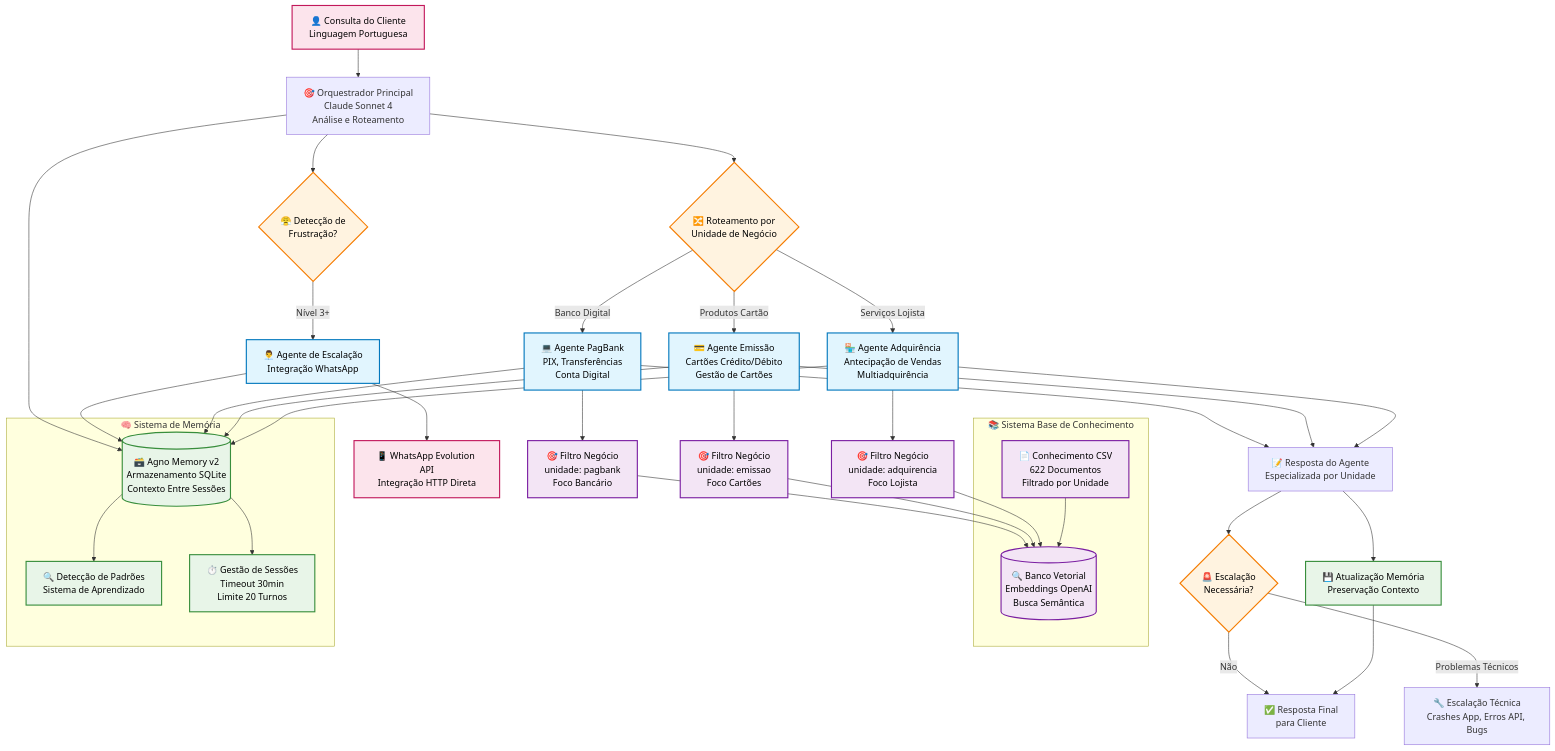
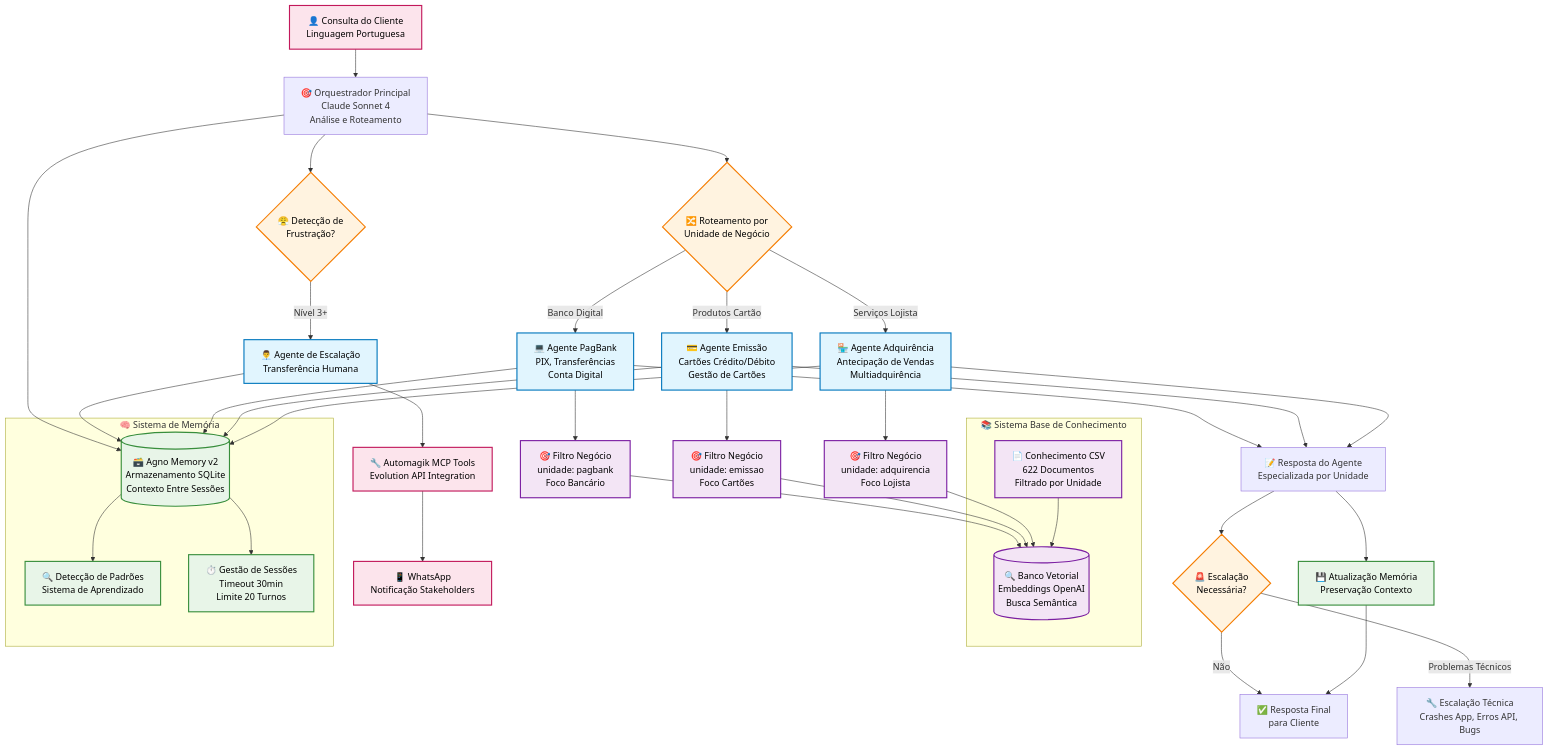
Before and after one commit to namastexlabs/automagik-hive: the diagram in README.md, drawn with Mermaid.

Commit message:
readme update

````diff
--- a/README.md
+++ b/README.md
@@ -9,81 +9,82 @@
 ```mermaid
 graph TB
     %% Ponto de Entrada do Cliente
     Customer[👤 Consulta do Cliente<br/>Linguagem Portuguesa] --> Orchestrator
 
     %% Orquestrador Principal
     Orchestrator[🎯 Orquestrador Principal<br/>Claude Sonnet 4<br/>Análise e Roteamento]
     
     %% Decisão de Roteamento
     Orchestrator --> Routing{🔀 Roteamento por<br/>Unidade de Negócio}
     
     %% Detecção de Escalação Humana
     Orchestrator --> HumanCheck{😤 Detecção de<br/>Frustração?}
-    HumanCheck -->|Nível 3+| HumanAgent[👨‍💼 Agente de Escalação<br/>Integração WhatsApp]
-    HumanAgent --> WhatsApp[📱 WhatsApp Evolution API<br/>Integração HTTP Direta]
+    HumanCheck -->|Nível 3+| HumanAgent[👨‍💼 Agente de Escalação<br/>Transferência Humana]
+    HumanAgent --> McpTool[🔧 Automagik MCP Tools<br/>Evolution API Integration]
+    McpTool --> WhatsApp[📱 WhatsApp<br/>Notificação Stakeholders]
     
     %% Agentes por Unidade de Negócio
     Routing -->|Serviços Lojista| AdquirenciaAgent[🏪 Agente Adquirência<br/>Antecipação de Vendas<br/>Multiadquirência]
     Routing -->|Produtos Cartão| EmissaoAgent[💳 Agente Emissão<br/>Cartões Crédito/Débito<br/>Gestão de Cartões]
     Routing -->|Banco Digital| PagBankAgent[💻 Agente PagBank<br/>PIX, Transferências<br/>Conta Digital]
     
     %% Sistema Base de Conhecimento
     subgraph Knowledge["📚 Sistema Base de Conhecimento"]
         CSV[📄 Conhecimento CSV<br/>622 Documentos<br/>Filtrado por Unidade]
         Vector[(🔍 Banco Vetorial<br/>Embeddings OpenAI<br/>Busca Semântica)]
         CSV --> Vector
     end
     
     %% Filtragem por Unidade
     AdquirenciaAgent --> Filter1[🎯 Filtro Negócio<br/>unidade: adquirencia<br/>Foco Lojista]
     EmissaoAgent --> Filter2[🎯 Filtro Negócio<br/>unidade: emissao<br/>Foco Cartões]
     PagBankAgent --> Filter3[🎯 Filtro Negócio<br/>unidade: pagbank<br/>Foco Bancário]
     
     %% Consultas de Conhecimento
     Filter1 --> Vector
     Filter2 --> Vector
     Filter3 --> Vector
     
     %% Sistema de Memória
     subgraph Memory["🧠 Sistema de Memória"]
         AgnoMemory[(🗃️ Agno Memory v2<br/>Armazenamento SQLite<br/>Contexto Entre Sessões)]
         PatternDetect[🔍 Detecção de Padrões<br/>Sistema de Aprendizado]
         SessionMgmt[⏱️ Gestão de Sessões<br/>Timeout 30min<br/>Limite 20 Turnos]
     end
     
     %% Integração de Memória
     AdquirenciaAgent --> AgnoMemory
     EmissaoAgent --> AgnoMemory
     PagBankAgent --> AgnoMemory
     HumanAgent --> AgnoMemory
     Orchestrator --> AgnoMemory
     
     AgnoMemory --> PatternDetect
     AgnoMemory --> SessionMgmt
     
     %% Fluxo de Resposta
     AdquirenciaAgent --> Response[📝 Resposta do Agente<br/>Especializada por Unidade]
     EmissaoAgent --> Response
     PagBankAgent --> Response
     
     Response --> MemoryUpdate[💾 Atualização Memória<br/>Preservação Contexto]
     MemoryUpdate --> FinalResponse[✅ Resposta Final<br/>para Cliente]
     
     %% Sistema de Escalação
     Response --> EscalationCheck{🚨 Escalação<br/>Necessária?}
     EscalationCheck -->|Problemas Técnicos| TechnicalEsc[🔧 Escalação Técnica<br/>Crashes App, Erros API, Bugs]
     EscalationCheck -->|Não| FinalResponse
     
     %% Styling
     classDef agent fill:#e1f5fe,stroke:#0277bd,stroke-width:2px,color:#000000
     classDef knowledge fill:#f3e5f5,stroke:#7b1fa2,stroke-width:2px,color:#000000
     classDef memory fill:#e8f5e8,stroke:#388e3c,stroke-width:2px,color:#000000
     classDef decision fill:#fff3e0,stroke:#f57c00,stroke-width:2px,color:#000000
     classDef external fill:#fce4ec,stroke:#c2185b,stroke-width:2px,color:#000000
     
     class AdquirenciaAgent,EmissaoAgent,PagBankAgent,HumanAgent agent
     class CSV,Vector,Filter1,Filter2,Filter3 knowledge
     class AgnoMemory,PatternDetect,SessionMgmt,MemoryUpdate memory
     class Routing,HumanCheck,EscalationCheck decision
-    class WhatsApp,Customer external
+    class WhatsApp,Customer,McpTool external
 ```
````
